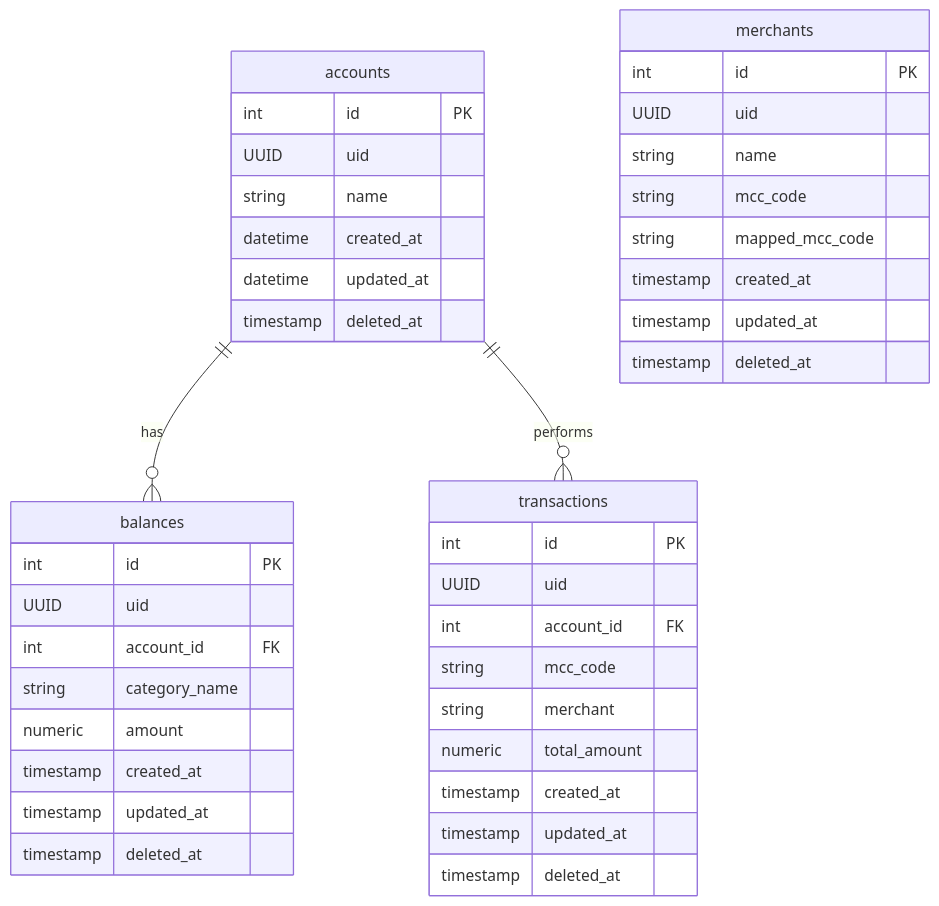
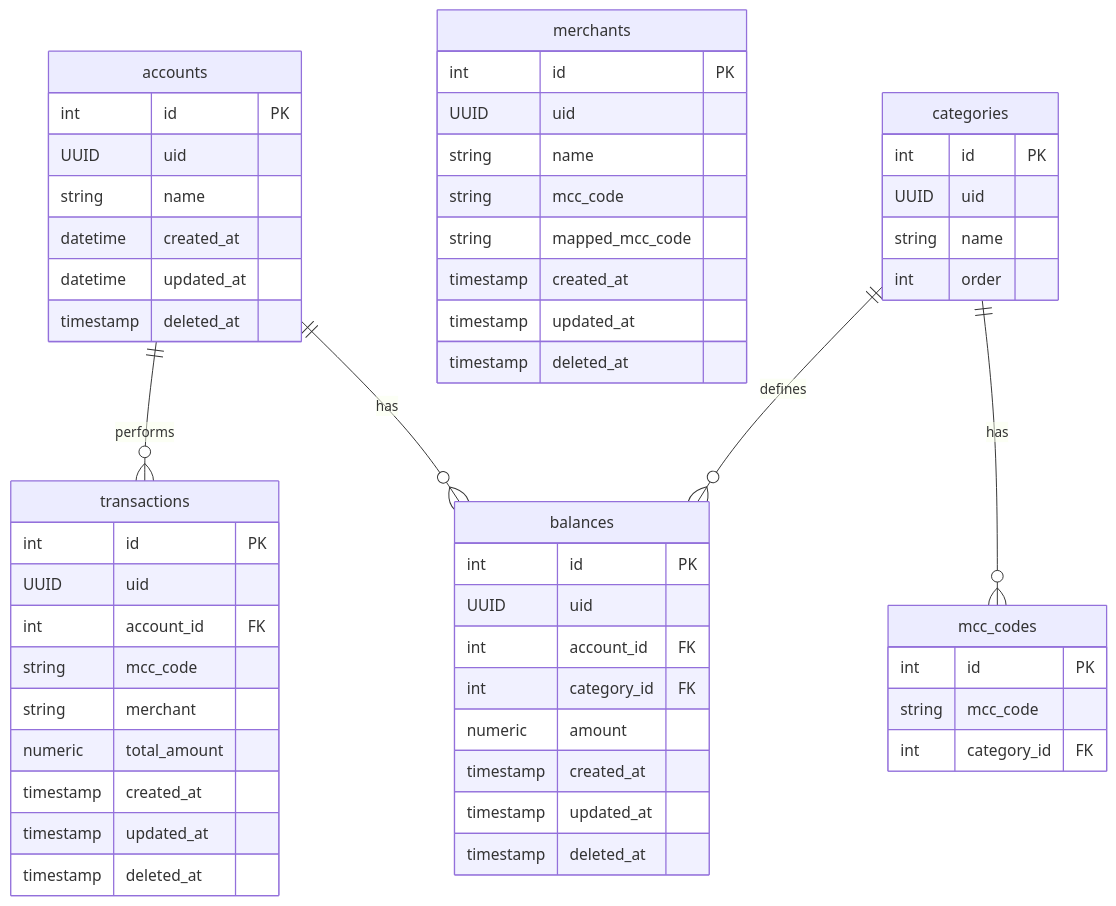
One commit to marciovmartins/jtonynet-go-payments-api changed the second of 3 diagrams in README.md. Above: the diagram before and after it, drawn with Mermaid. The commit also changed other lines of this file and 13 other files, not shown here.

````diff
--- a/README.md
+++ b/README.md
@@ -448,49 +448,65 @@
 ```mermaid
 erDiagram
     accounts {
         int id PK
         UUID uid
         string name
         datetime created_at
         datetime updated_at
         timestamp deleted_at
     }
 
     balances {
         int id PK
         UUID uid
         int account_id FK
-        string category_name
+        int category_id FK
         numeric amount
         timestamp created_at
         timestamp updated_at
         timestamp deleted_at
     }
 
     transactions {
         int id PK
         UUID uid
         int account_id FK
         string mcc_code
         string merchant
         numeric total_amount
         timestamp created_at
         timestamp updated_at
         timestamp deleted_at
     }
     
     merchants {
         int id PK
         UUID uid
         string name
         string mcc_code
         string mapped_mcc_code
         timestamp created_at
         timestamp updated_at
         timestamp deleted_at
     }
 
+    categories {
+        int id PK
+        UUID uid
+        string name
+        int order
+    }
+
+    mcc_codes {
+        int id PK
+        string mcc_code
+        int category_id FK
+    }
+
     accounts ||--o{ balances : has
     accounts ||--o{ transactions : performs
+    categories ||--o{ mcc_codes : has
+    categories ||--o{ balances : defines
+
     
 ```
````
